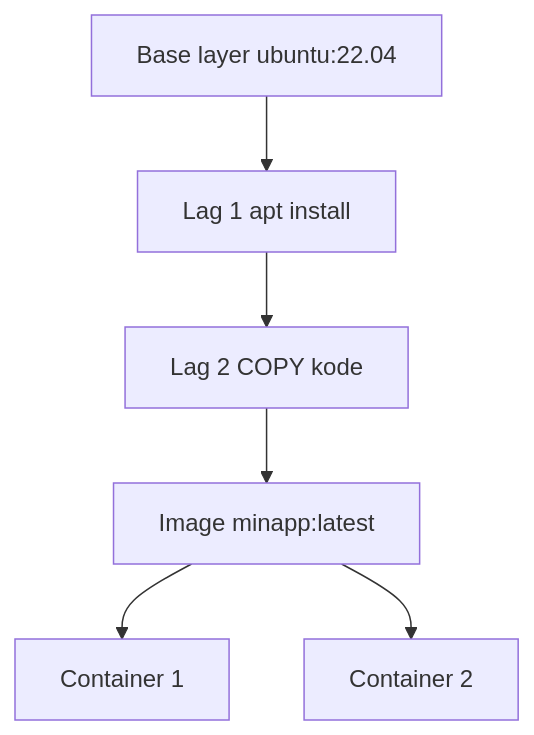
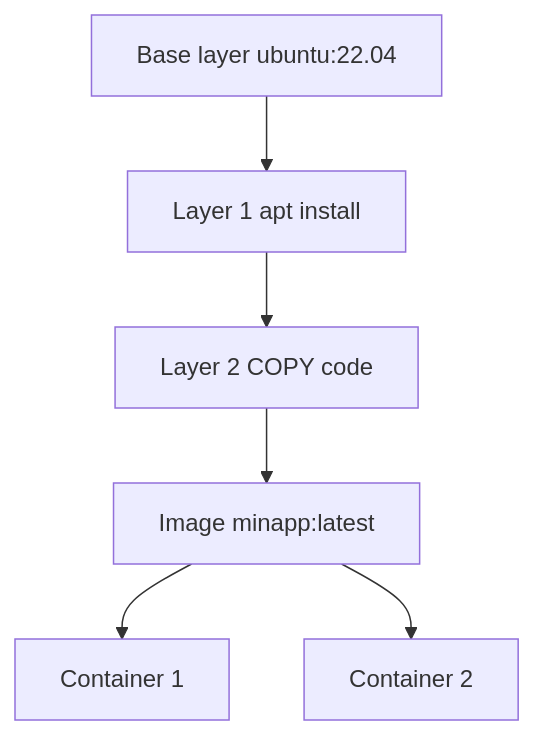
Before and after one commit to Mercantec-GHC/deploy-or-die-anbo0005: the fourth of 4 diagrams in docs/notes/day6-docker-dockerfile.md, drawn with Mermaid. The commit also changed other lines of this file and 8 other files, not shown here.

````diff
--- a/docs/notes/day6-docker-dockerfile.md
+++ b/docs/notes/day6-docker-dockerfile.md
@@ -192,8 +194,8 @@
 ```mermaid
 graph TD
-    B[Base layer ubuntu:22.04] --> L1[Lag 1 apt install]
-    L1 --> L2[Lag 2 COPY kode]
+    B[Base layer ubuntu:22.04] --> L1[Layer 1 apt install]
+    L1 --> L2[Layer 2 COPY code]
     L2 --> IMG[Image minapp:latest]
     IMG --> C1[Container 1]
     IMG --> C2[Container 2]
 ```
````
